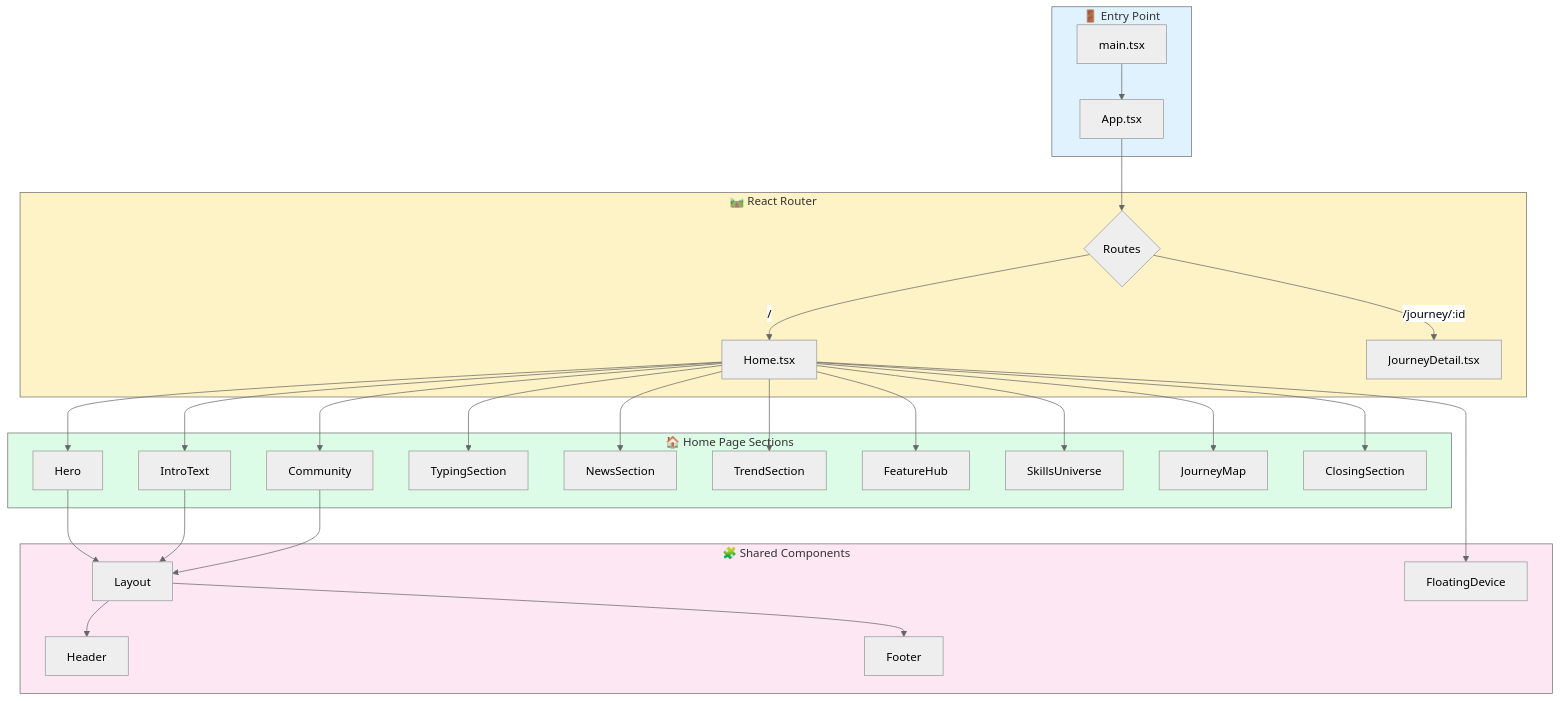
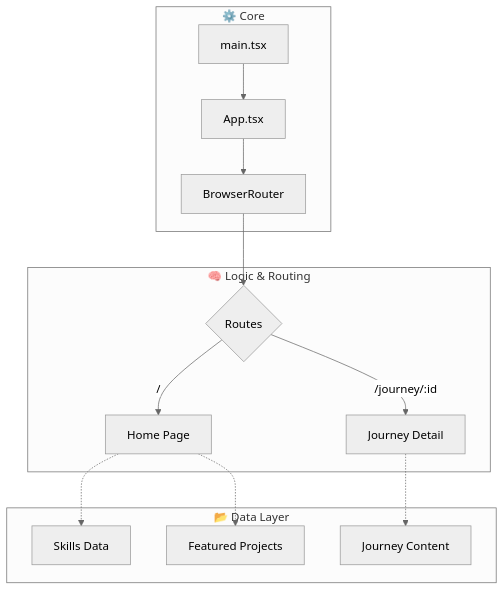
The first of 3 diagrams in README.md (every-git/dokyungja-home), drawn with Mermaid (neutral theme) before and after one commit. The commit also changed other lines of this file, not shown here.

Commit message:
Refine README: Simplify content and enhance diagrams

````diff
--- a/README.md
+++ b/README.md
@@ -63,37 +39,19 @@
 ```mermaid
 graph TB
-    subgraph Entry["🚪 Entry Point"]
+    subgraph Core["⚙️ Core"]
         A[main.tsx] --> B[App.tsx]
+        B --> C[BrowserRouter]
     end
     
-    subgraph Router["🛤️ React Router"]
-        B --> C{Routes}
-        C -->|/| D[Home.tsx]
-        C -->|/journey/:id| E[JourneyDetail.tsx]
+    subgraph AppLogic["🧠 Logic & Routing"]
+        C --> D{Routes}
+        D -->|/| E[Home Page]
+        D -->|/journey/:id| F[Journey Detail]
     end
     
-    subgraph Home["🏠 Home Page Sections"]
-        D --> H1[Hero]
-        D --> H2[IntroText]
-        D --> H3[Community]
-        D --> H4[TypingSection]
-        D --> H5[NewsSection]
-        D --> H6[TrendSection]
-        D --> H7[FeatureHub]
-        D --> H8[SkillsUniverse]
-        D --> H9[JourneyMap]
-        D --> H10[ClosingSection]
+    subgraph Data["📂 Data Layer"]
+        E -.-> S1[Skills Data]
+        E -.-> S2[Featured Projects]
+        F -.-> S3[Journey Content]
     end
-    
-    subgraph Shared["🧩 Shared Components"]
-        H1 & H2 & H3 --> L[Layout]
-        L --> L1[Header]
-        L --> L2[Footer]
-        D --> F[FloatingDevice]
-    end
-    
-    style Entry fill:#e0f2fe
-    style Router fill:#fef3c7
-    style Home fill:#dcfce7
-    style Shared fill:#fce7f3
 ```
````
